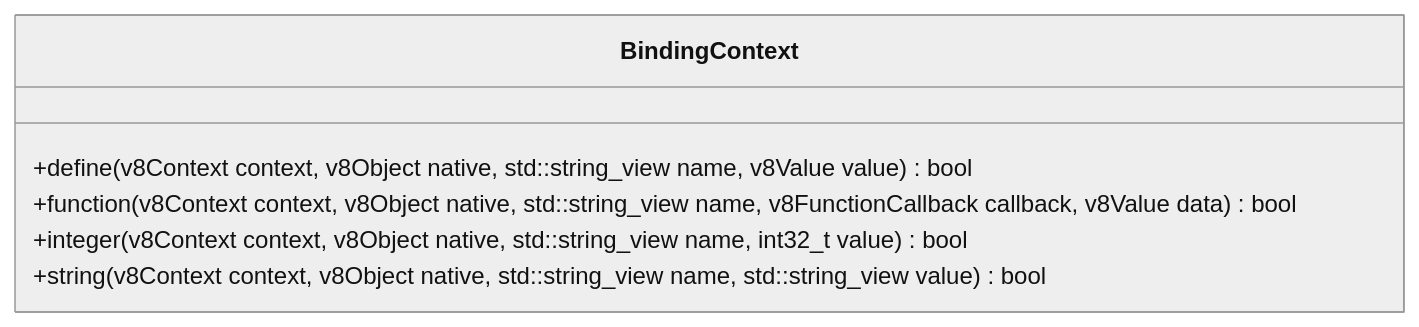
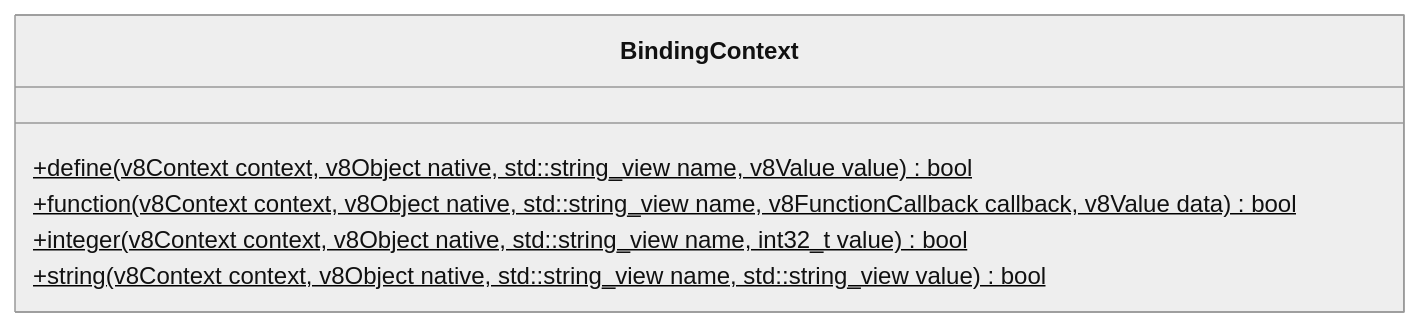
One commit to lcals/Engine changed the third of 4 diagrams in docs/runtime/class-diagrams/script-bindings.md. Above: the diagram before and after it, drawn with Mermaid (neutral theme). The commit also changed other lines of this file and 143 other files, not shown here.

````diff
--- a/docs/runtime/class-diagrams/script-bindings.md
+++ b/docs/runtime/class-diagrams/script-bindings.md
@@ -70,10 +72,10 @@
 ```mermaid
 classDiagram
     direction TB
     class BindingContext {
-        +define(v8Context context, v8Object native, std::string_view name, v8Value value) bool
-        +function(v8Context context, v8Object native, std::string_view name, v8FunctionCallback callback, v8Value data) bool
-        +integer(v8Context context, v8Object native, std::string_view name, int32_t value) bool
-        +string(v8Context context, v8Object native, std::string_view name, std::string_view value) bool
+        +define(v8Context context, v8Object native, std::string_view name, v8Value value) bool$
+        +function(v8Context context, v8Object native, std::string_view name, v8FunctionCallback callback, v8Value data) bool$
+        +integer(v8Context context, v8Object native, std::string_view name, int32_t value) bool$
+        +string(v8Context context, v8Object native, std::string_view name, std::string_view value) bool$
     }
 ```
````
